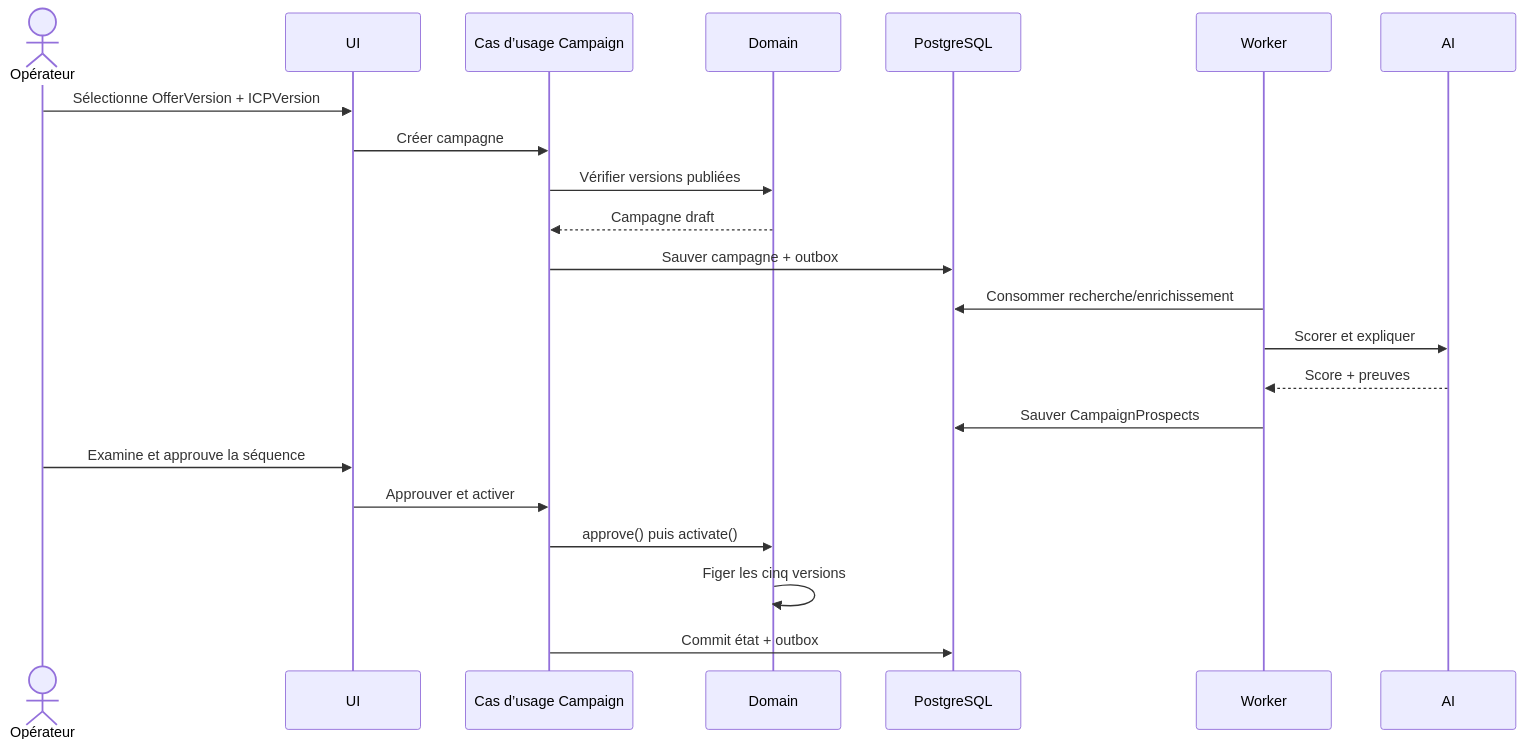
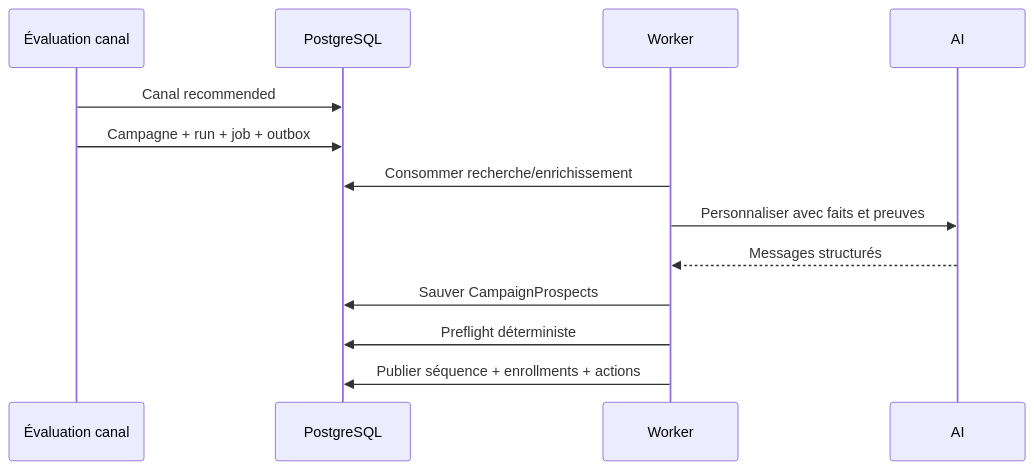
Before and after one commit to IgnitionAI/noosphere: the first of 3 diagrams in docs/architecture/FLOWS.md, drawn with Mermaid. The commit also changed other lines of this file and 259 other files, not shown here.

````diff
--- a/docs/architecture/FLOWS.md
+++ b/docs/architecture/FLOWS.md
@@ -5,25 +5,16 @@
 ```mermaid
 sequenceDiagram
-    actor Operator as Opérateur
-    participant UI
-    participant CampaignUC as Cas d’usage Campaign
-    participant Domain
+    participant Assessment as Évaluation canal
     participant DB as PostgreSQL
     participant Worker
     participant AI
 
-    Operator->>UI: Sélectionne OfferVersion + ICPVersion
-    UI->>CampaignUC: Créer campagne
-    CampaignUC->>Domain: Vérifier versions publiées
-    Domain-->>CampaignUC: Campagne draft
-    CampaignUC->>DB: Sauver campagne + outbox
+    Assessment->>DB: Canal recommended
+    Assessment->>DB: Campagne + run + job + outbox
     Worker->>DB: Consommer recherche/enrichissement
-    Worker->>AI: Scorer et expliquer
-    AI-->>Worker: Score + preuves
+    Worker->>AI: Personnaliser avec faits et preuves
+    AI-->>Worker: Messages structurés
     Worker->>DB: Sauver CampaignProspects
-    Operator->>UI: Examine et approuve la séquence
-    UI->>CampaignUC: Approuver et activer
-    CampaignUC->>Domain: approve() puis activate()
-    Domain->>Domain: Figer les cinq versions
-    CampaignUC->>DB: Commit état + outbox
+    Worker->>DB: Preflight déterministe
+    Worker->>DB: Publier séquence + enrollments + actions
 ```
````
